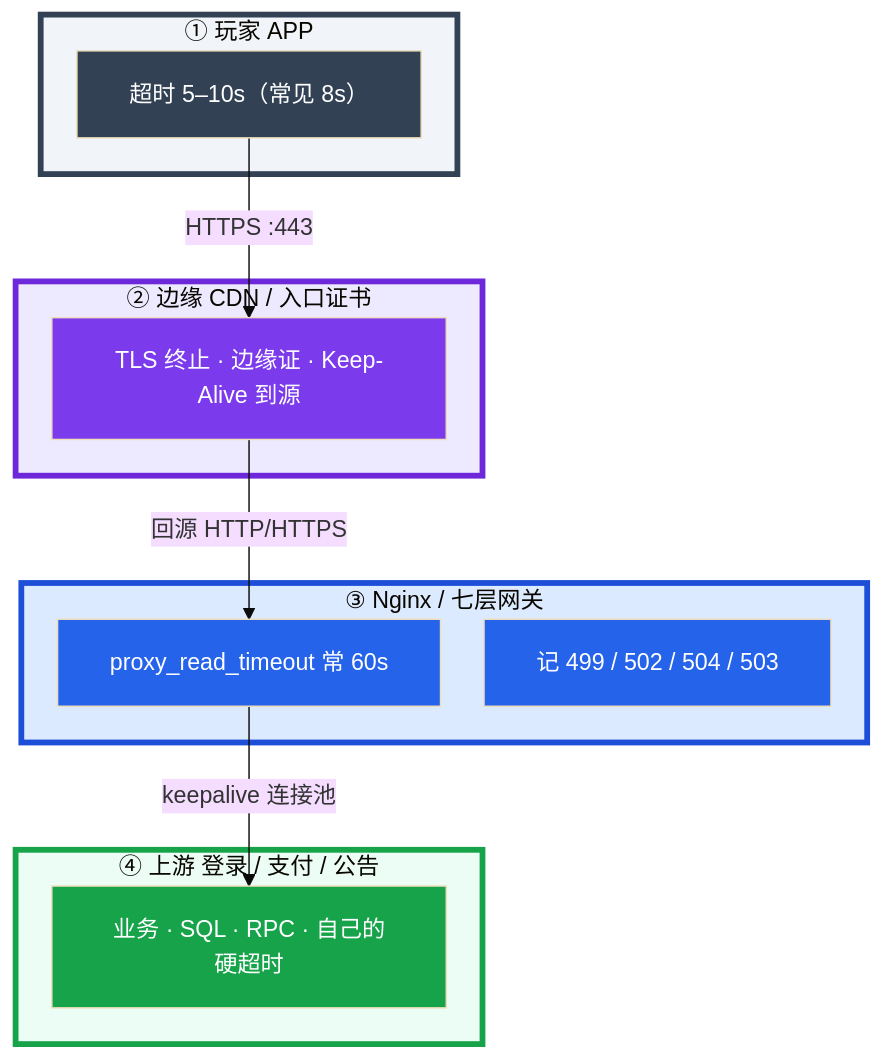
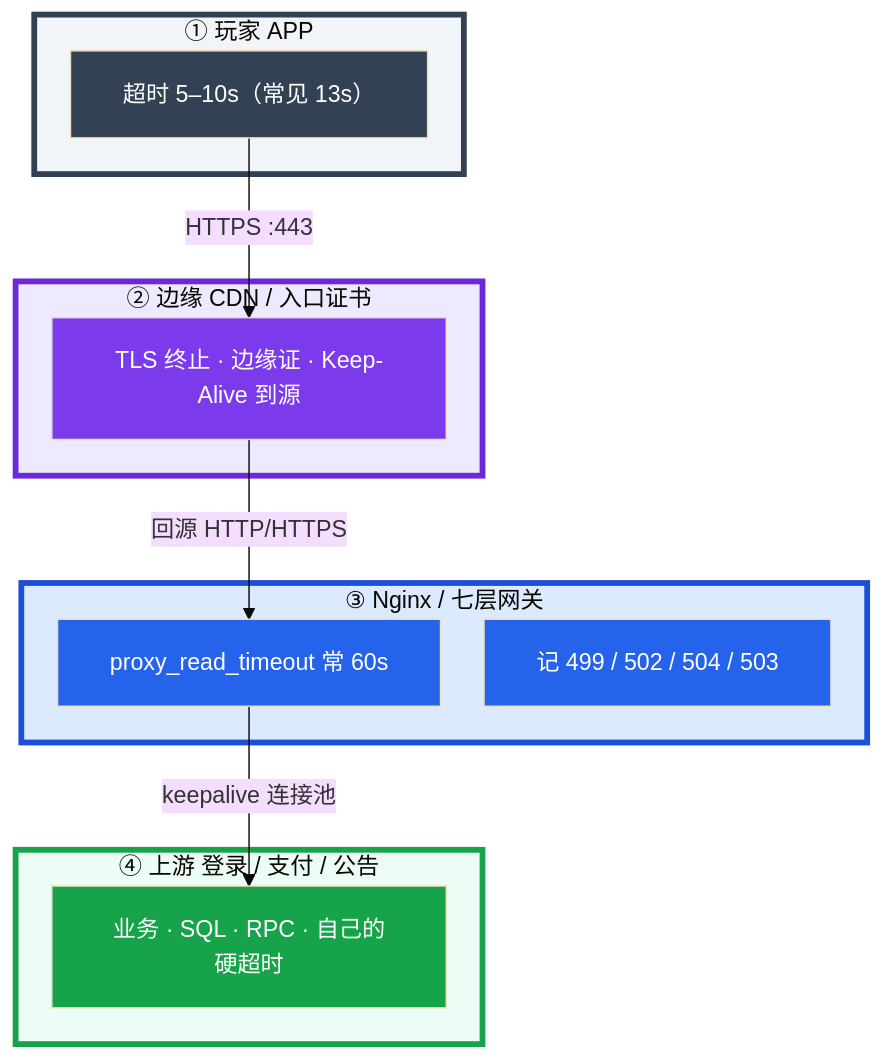
The second of 10 diagrams in 01-基础底座/14-HTTP与TLS/知识点.md (ml-cuizijun/LearnToLilith), drawn with Mermaid before and after one commit. The commit also changed other lines of this file and 56 other files, not shown here.

````diff
--- a/01-基础底座/14-HTTP与TLS/知识点.md
+++ b/01-基础底座/14-HTTP与TLS/知识点.md
@@ -155,38 +155,38 @@
 ```mermaid
 %%{init: {"flowchart": {"padding": 18, "nodeSpacing": 30, "rankSpacing": 50}, "theme": "base"}}%%
 flowchart TB
     subgraph app ["① 玩家 APP"]
-        a1["超时 5–10s（常见 8s）"]
+        a1["超时 5–10s（常见 13s）"]
     end
 
     subgraph edge ["② 边缘 CDN / 入口证书"]
         e1[TLS 终止 · 边缘证 · Keep-Alive 到源]
     end
 
     subgraph gw ["③ Nginx / 七层网关"]
         g1["proxy_read_timeout 常 60s"]
         g2[记 499 / 502 / 504 / 503]
     end
 
     subgraph up ["④ 上游 登录 / 支付 / 公告"]
         u1[业务 · SQL · RPC · 自己的硬超时]
     end
 
     a1 -->|"HTTPS :443"| e1
     e1 -->|回源 HTTP/HTTPS| g1
     g1 -->|keepalive 连接池| u1
 
     classDef a fill:#334155,color:#fff
     classDef b fill:#7C3AED,color:#fff
     classDef c fill:#2563EB,color:#fff
     classDef d fill:#16A34A,color:#fff
     class a1 a
     class e1 b
     class g1,g2 c
     class u1 d
 
     style app fill:#F1F5F9,stroke:#334155,stroke-width:4px
     style edge fill:#EDE9FE,stroke:#6D28D9,stroke-width:4px
     style gw fill:#DBEAFE,stroke:#1D4ED8,stroke-width:4px
     style up fill:#ECFDF5,stroke:#16A34A,stroke-width:4px
 ```
````
